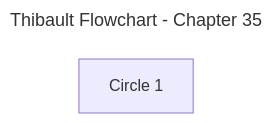
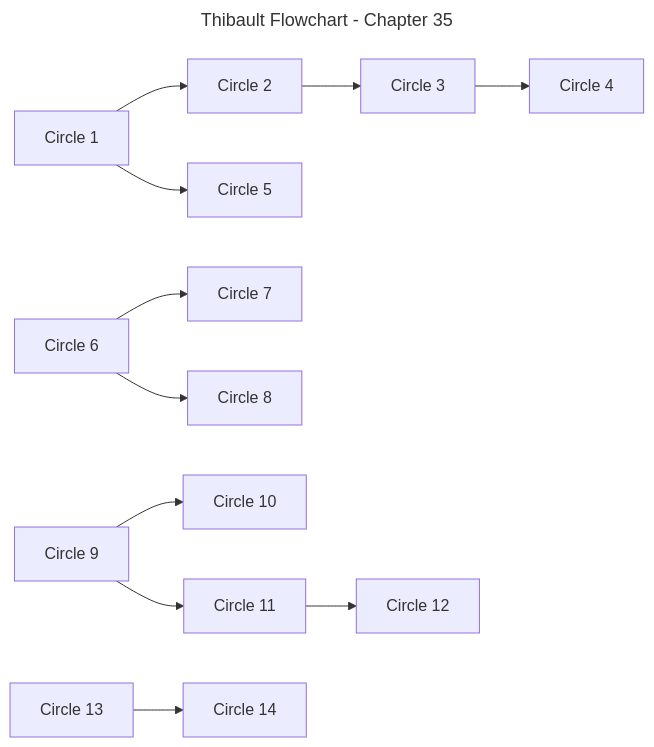
One commit to aquesnel/thibault-flowchart changed the diagram in flowchart-per-chapter/chapter-35.mmd. Above: the diagram before and after it, drawn with Mermaid.

Commit message:
feat(ch35): initial flowchart of the circles
Added additional circles and connections to the flowchart.

```diff
--- a/flowchart-per-chapter/chapter-35.mmd
+++ b/flowchart-per-chapter/chapter-35.mmd
@@ -1,10 +1,35 @@
 ---
 title: Thibault Flowchart - Chapter 35
 config:
   layout: dagre
   flowchart:
     htmlLabels: false
 ---
 flowchart LR
 	%% Nodes
 	B2_T04_C01["Circle 1"]
+	B2_T04_C02["Circle 2"]
+	B2_T04_C03["Circle 3"]
+	B2_T04_C04["Circle 4"]
+	B2_T04_C05["Circle 5"]
+	B2_T04_C06["Circle 6"]
+	B2_T04_C07["Circle 7"]
+	B2_T04_C08["Circle 8"]
+	B2_T04_C09["Circle 9"]
+	B2_T04_C10["Circle 10"]
+	B2_T04_C11["Circle 11"]
+	B2_T04_C12["Circle 12"]
+	B2_T04_C13["Circle 13"]
+	B2_T04_C14["Circle 14"]
+
+	%% Edges
+	B2_T04_C01 --> B2_T04_C02
+	B2_T04_C02 --> B2_T04_C03
+	B2_T04_C03 --> B2_T04_C04
+	B2_T04_C01 --> B2_T04_C05
+	B2_T04_C06 --> B2_T04_C07
+	B2_T04_C06 --> B2_T04_C08
+	B2_T04_C09 --> B2_T04_C10
+	B2_T04_C09 --> B2_T04_C11
+	B2_T04_C11 --> B2_T04_C12
+	B2_T04_C13 --> B2_T04_C14
```
